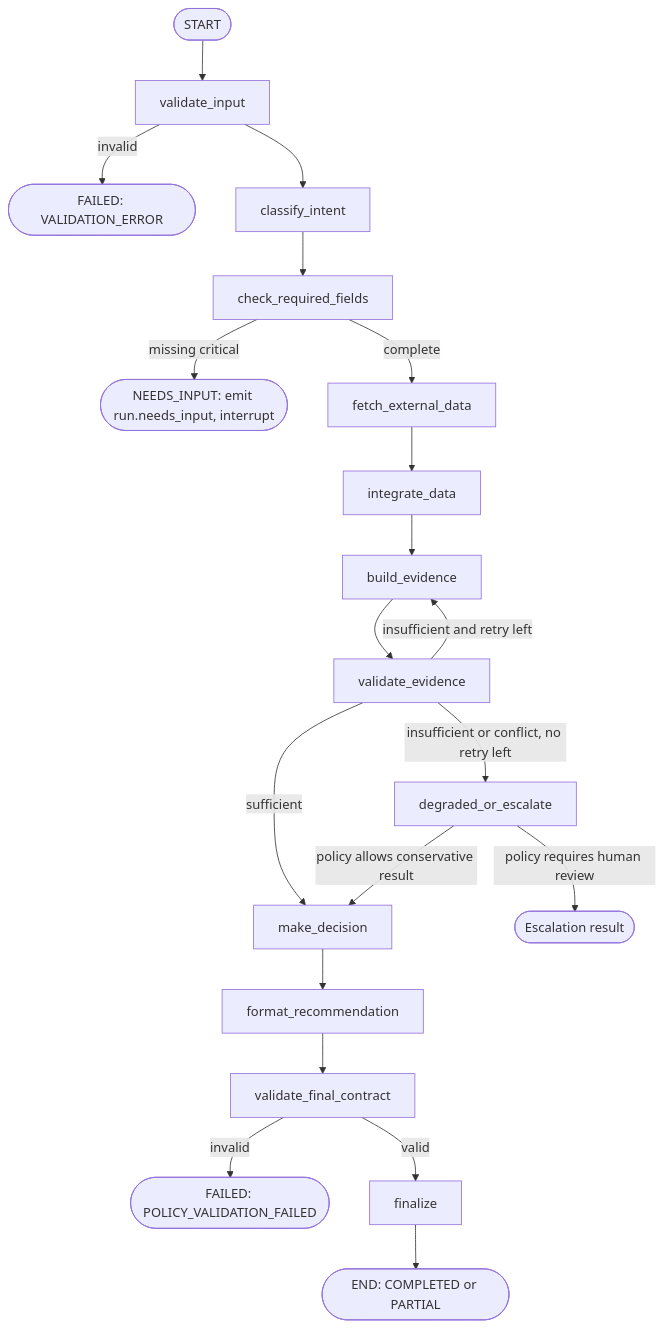
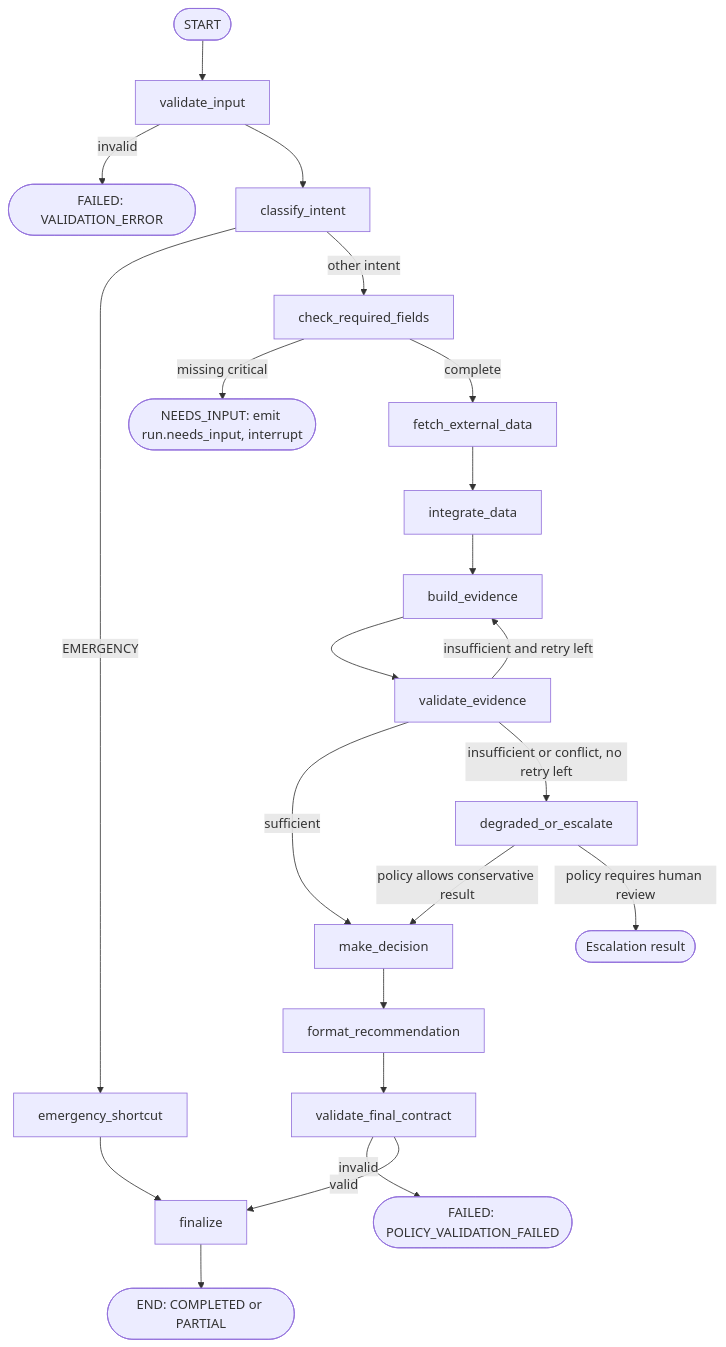
One commit to Mrbeer19/travel-safety-ai changed the second of 2 diagrams in services/agent/docs/diagrams/agent-state.md. Above: the diagram before and after it, drawn with Mermaid. The commit also changed other lines of this file and 65 other files, not shown here.

````diff
--- a/services/agent/docs/diagrams/agent-state.md
+++ b/services/agent/docs/diagrams/agent-state.md
@@ -40,22 +40,24 @@
 ```mermaid
 flowchart TD
     START([START]) --> V["validate_input"]
     V -->|invalid| FAIL_V(["FAILED: VALIDATION_ERROR"])
     V --> C["classify_intent"]
-    C --> R["check_required_fields"]
+    C -->|EMERGENCY| EM["emergency_shortcut"]
+    EM --> FIN
+    C -->|other intent| R["check_required_fields"]
     R -->|missing critical| NI(["NEEDS_INPUT: emit run.needs_input, interrupt"])
     R -->|complete| F["fetch_external_data"]
     F --> I["integrate_data"]
     I --> B["build_evidence"]
     B --> VE["validate_evidence"]
     VE -->|sufficient| D["make_decision"]
     VE -->|insufficient and retry left| B
     VE -->|insufficient or conflict, no retry left| DE["degraded_or_escalate"]
     DE -->|policy allows conservative result| D
     DE -->|policy requires human review| ESC(["Escalation result"])
     D --> FR["format_recommendation"]
     FR --> VF["validate_final_contract"]
     VF -->|invalid| FAIL_F(["FAILED: POLICY_VALIDATION_FAILED"])
     VF -->|valid| FIN["finalize"]
     FIN --> END([END: COMPLETED or PARTIAL])
 ```
````
